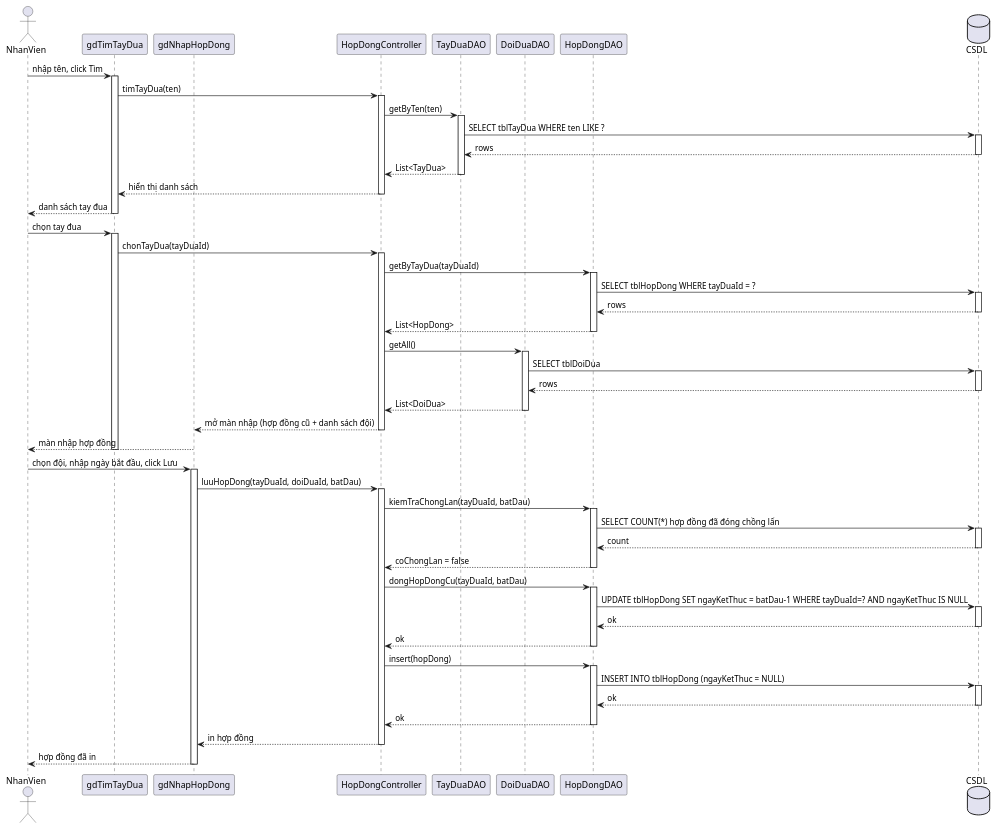
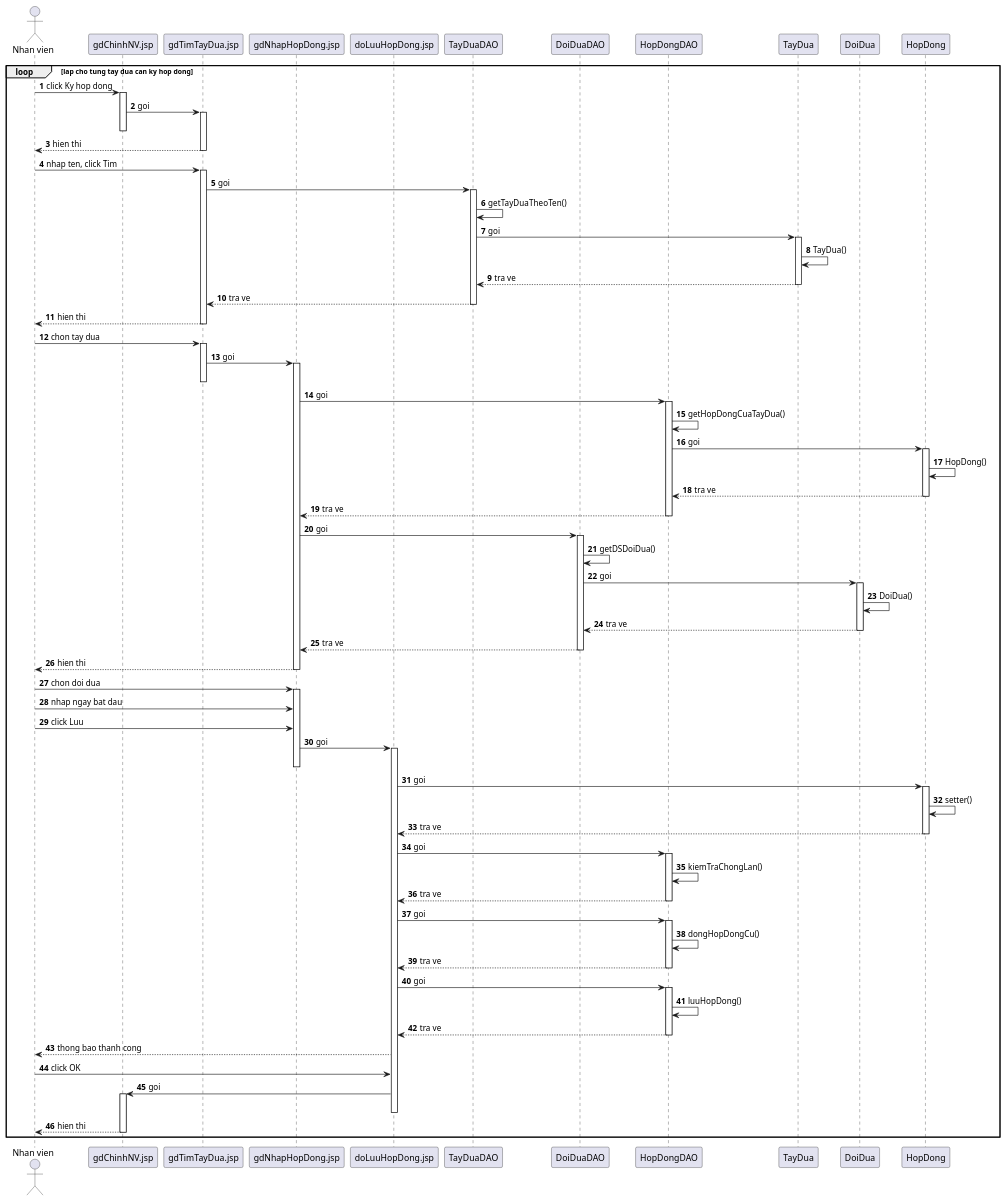
Before and after one commit to 7gho/CNPM-He2026: the sixth of 6 diagrams in Module 1 - Quan/noi-dung.md, drawn with PlantUML. The commit also changed other lines of this file and 53 other files, not shown here.

````diff
--- a/Module 1 - Quan/noi-dung.md
+++ b/Module 1 - Quan/noi-dung.md
@@ -208,87 +480,104 @@
 ```plantuml
 @startuml
-actor NhanVien as NV
-participant "gdTimTayDua" as V1
-participant "gdNhapHopDong" as V2
-participant "HopDongController" as C
+autonumber
+actor "Nhan vien" as NV
+participant "gdChinhNV.jsp" as V0
+participant "gdTimTayDua.jsp" as V1
+participant "gdNhapHopDong.jsp" as V2
+participant "doLuuHopDong.jsp" as V3
 participant "TayDuaDAO" as TDAO
 participant "DoiDuaDAO" as DDAO
 participant "HopDongDAO" as HDAO
-database "CSDL" as DB
+participant "TayDua" as ETD
+participant "DoiDua" as EDD
+participant "HopDong" as EHD
 
-NV -> V1 : nhập tên, click Tìm
+loop lap cho tung tay dua can ky hop dong
+NV -> V0 : click Ky hop dong
+activate V0
+V0 -> V1 : goi
 activate V1
-V1 -> C : timTayDua(ten)
-activate C
-C -> TDAO : getByTen(ten)
-activate TDAO
-TDAO -> DB : SELECT tblTayDua WHERE ten LIKE ?
-activate DB
-DB --> TDAO : rows
-deactivate DB
-TDAO --> C : List<TayDua>
-deactivate TDAO
-C --> V1 : hiển thị danh sách
-deactivate C
-V1 --> NV : danh sách tay đua
+deactivate V0
+V1 --> NV : hien thi
 deactivate V1
 
-NV -> V1 : chọn tay đua
+NV -> V1 : nhap ten, click Tim
 activate V1
-V1 -> C : chonTayDua(tayDuaId)
-activate C
-C -> HDAO : getByTayDua(tayDuaId)
-activate HDAO
-HDAO -> DB : SELECT tblHopDong WHERE tayDuaId = ?
-activate DB
-DB --> HDAO : rows
-deactivate DB
-HDAO --> C : List<HopDong>
-deactivate HDAO
-C -> DDAO : getAll()
-activate DDAO
-DDAO -> DB : SELECT tblDoiDua
-activate DB
-DB --> DDAO : rows
-deactivate DB
-DDAO --> C : List<DoiDua>
-deactivate DDAO
-C --> V2 : mở màn nhập (hợp đồng cũ + danh sách đội)
-deactivate C
-V2 --> NV : màn nhập hợp đồng
+V1 -> TDAO : goi
+activate TDAO
+TDAO -> TDAO : getTayDuaTheoTen()
+TDAO -> ETD : goi
+activate ETD
+ETD -> ETD : TayDua()
+ETD --> TDAO : tra ve
+deactivate ETD
+TDAO --> V1 : tra ve
+deactivate TDAO
+V1 --> NV : hien thi
 deactivate V1
 
-NV -> V2 : chọn đội, nhập ngày bắt đầu, click Lưu
+NV -> V1 : chon tay dua
+activate V1
+V1 -> V2 : goi
 activate V2
-V2 -> C : luuHopDong(tayDuaId, doiDuaId, batDau)
-activate C
-C -> HDAO : kiemTraChongLan(tayDuaId, batDau)
+deactivate V1
+V2 -> HDAO : goi
 activate HDAO
-HDAO -> DB : SELECT COUNT(*) hợp đồng đã đóng chồng lấn
-activate DB
-DB --> HDAO : count
-deactivate DB
-HDAO --> C : coChongLan = false
+HDAO -> HDAO : getHopDongCuaTayDua()
+HDAO -> EHD : goi
+activate EHD
+EHD -> EHD : HopDong()
+EHD --> HDAO : tra ve
+deactivate EHD
+HDAO --> V2 : tra ve
 deactivate HDAO
-C -> HDAO : dongHopDongCu(tayDuaId, batDau)
+V2 -> DDAO : goi
+activate DDAO
+DDAO -> DDAO : getDSDoiDua()
+DDAO -> EDD : goi
+activate EDD
+EDD -> EDD : DoiDua()
+EDD --> DDAO : tra ve
+deactivate EDD
+DDAO --> V2 : tra ve
+deactivate DDAO
+V2 --> NV : hien thi
+deactivate V2
+
+NV -> V2 : chon doi dua
+activate V2
+NV -> V2 : nhap ngay bat dau
+NV -> V2 : click Luu
+V2 -> V3 : goi
+activate V3
+deactivate V2
+V3 -> EHD : goi
+activate EHD
+EHD -> EHD : setter()
+EHD --> V3 : tra ve
+deactivate EHD
+V3 -> HDAO : goi
 activate HDAO
-HDAO -> DB : UPDATE tblHopDong SET ngayKetThuc = batDau-1 WHERE tayDuaId=? AND ngayKetThuc IS NULL
-activate DB
-DB --> HDAO : ok
-deactivate DB
-HDAO --> C : ok
+HDAO -> HDAO : kiemTraChongLan()
+HDAO --> V3 : tra ve
 deactivate HDAO
-C -> HDAO : insert(hopDong)
+V3 -> HDAO : goi
 activate HDAO
-HDAO -> DB : INSERT INTO tblHopDong (ngayKetThuc = NULL)
-activate DB
-DB --> HDAO : ok
-deactivate DB
-HDAO --> C : ok
+HDAO -> HDAO : dongHopDongCu()
+HDAO --> V3 : tra ve
 deactivate HDAO
-C --> V2 : in hợp đồng
-deactivate C
-V2 --> NV : hợp đồng đã in
-deactivate V2
+V3 -> HDAO : goi
+activate HDAO
+HDAO -> HDAO : luuHopDong()
+HDAO --> V3 : tra ve
+deactivate HDAO
+V3 --> NV : thong bao thanh cong
+NV -> V3 : click OK
+V3 -> V0 : goi
+activate V0
+deactivate V3
+V0 --> NV : hien thi
+deactivate V0
+end
 @enduml
 ```
````
